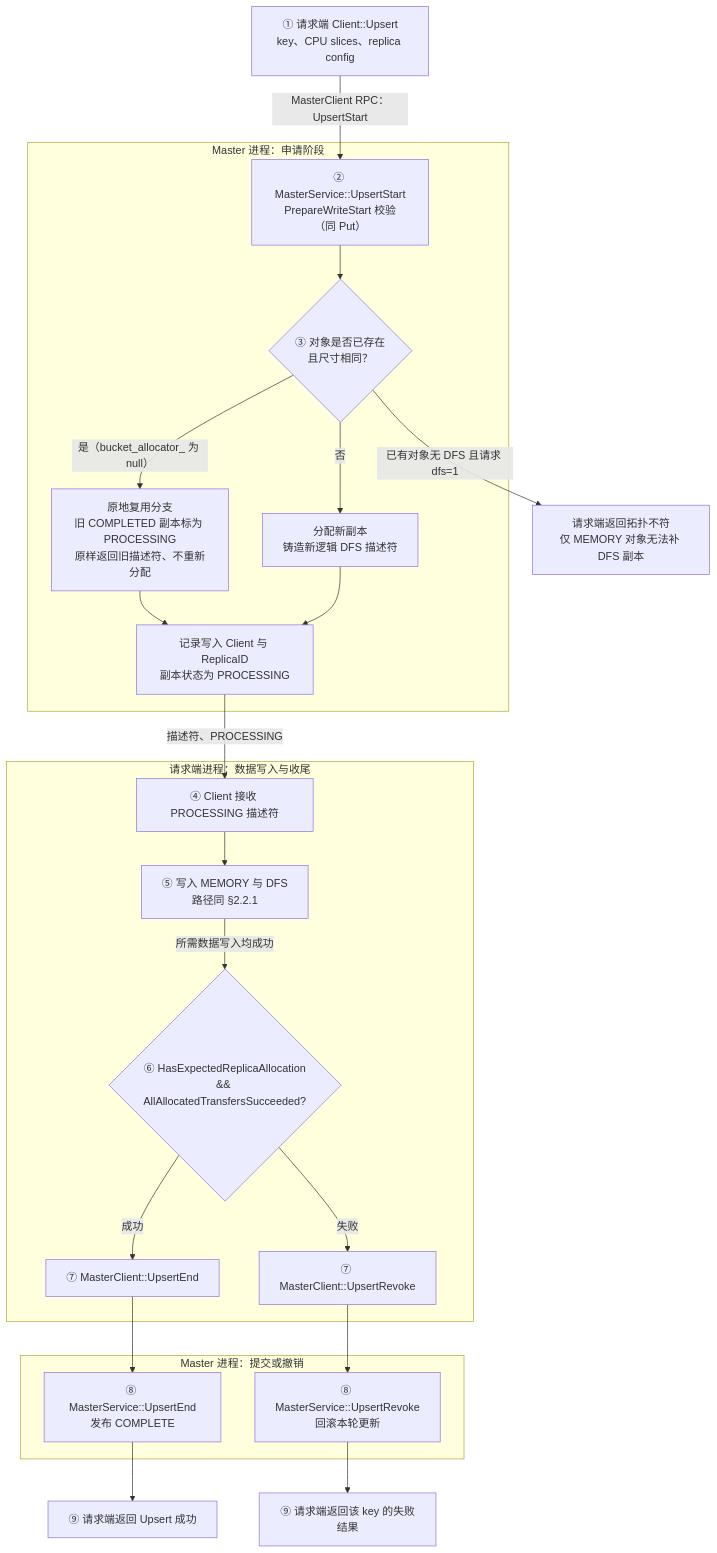
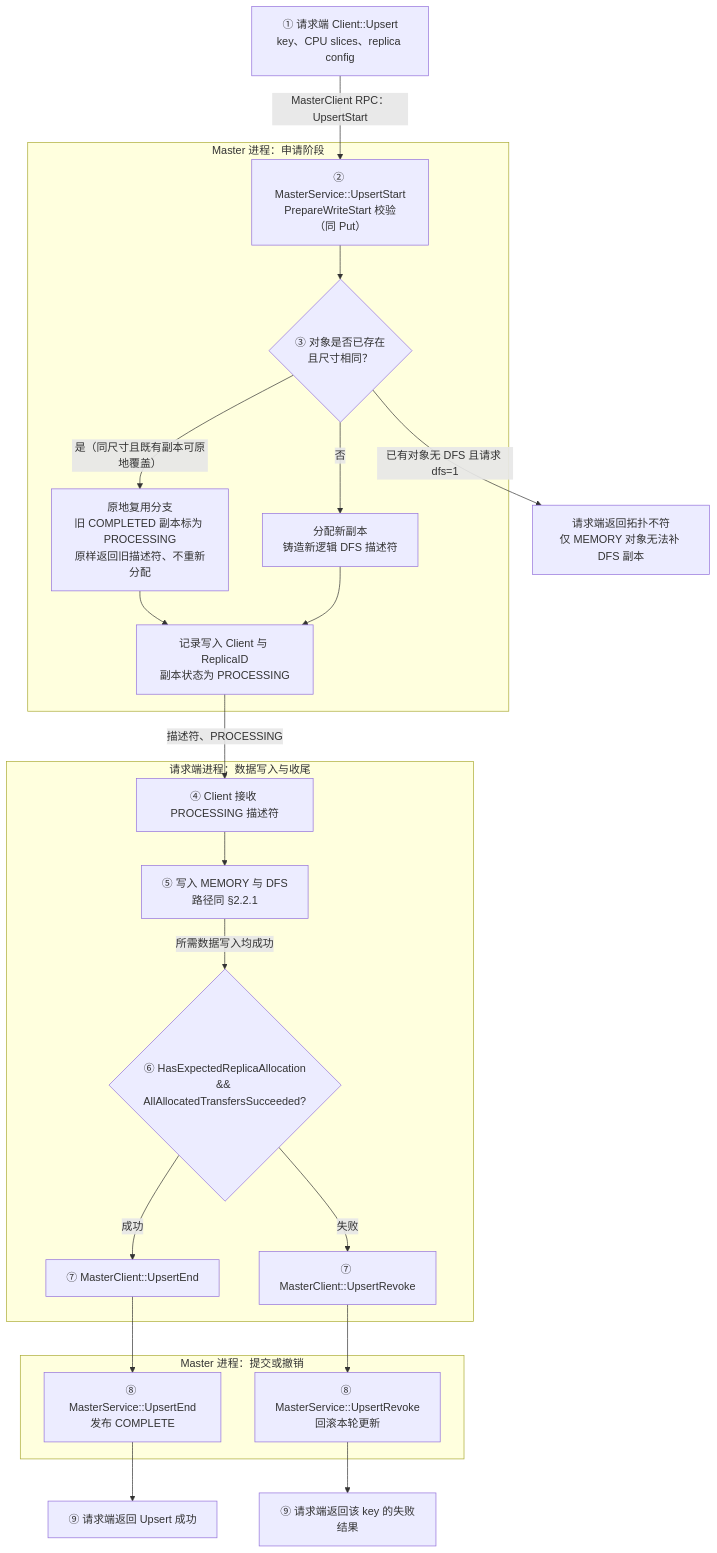
The seventh of 13 diagrams in Mooncake + KVClient L3 接入（Kvcs）- v3.md (zwj20000328-dotcom/Mooncake-documents), drawn with Mermaid before and after one commit. The commit also changed other lines of this file, not shown here.

Commit message:
docs: fix staging-path, diagram and build inconsistencies found by the final audit

````diff
--- a/Mooncake + KVClient L3 接入（Kvcs）- v3.md
+++ b/Mooncake + KVClient L3 接入（Kvcs）- v3.md
@@ -500,48 +502,48 @@
 ```mermaid
 flowchart TB
     C1["① 请求端 Client::Upsert<br/>key、CPU slices、replica config"]
 
     subgraph MasterStart["Master 进程：申请阶段"]
         START["② MasterService::UpsertStart<br/>PrepareWriteStart 校验（同 Put）"]
         BRANCH{"③ 对象是否已存在<br/>且尺寸相同？"}
         REUSE["原地复用分支<br/>旧 COMPLETED 副本标为 PROCESSING<br/>原样返回旧描述符、不重新分配"]
         ALLOC["分配新副本<br/>铸造新逻辑 DFS 描述符"]
         META["记录写入 Client 与 ReplicaID<br/>副本状态为 PROCESSING"]
 
         START --> BRANCH
-        BRANCH -->|"是（bucket_allocator_ 为 null）"| REUSE
+        BRANCH -->|"是（同尺寸且既有副本可原地覆盖）"| REUSE
         BRANCH -->|"否"| ALLOC
         REUSE --> META
         ALLOC --> META
     end
 
     subgraph Request["请求端进程：数据写入与收尾"]
         C2["④ Client 接收 PROCESSING 描述符"]
         W["⑤ 写入 MEMORY 与 DFS<br/>路径同 §2.2.1"]
         J{"⑥ HasExpectedReplicaAllocation<br/>&& AllAllocatedTransfersSucceeded?"}
         END["⑦ MasterClient::UpsertEnd"]
         REVOKE["⑦ MasterClient::UpsertRevoke"]
 
         C2 --> W
         W -->|"所需数据写入均成功"| J
         J -->|"成功"| END
         J -->|"失败"| REVOKE
     end
 
     subgraph MasterFinish["Master 进程：提交或撤销"]
         COMMIT["⑧ MasterService::UpsertEnd<br/>发布 COMPLETE"]
         ABORT["⑧ MasterService::UpsertRevoke<br/>回滚本轮更新"]
     end
 
     OK["⑨ 请求端返回 Upsert 成功"]
     FAIL["⑨ 请求端返回该 key 的失败结果"]
     TOPO["请求端返回拓扑不符<br/>仅 MEMORY 对象无法补 DFS 副本"]
 
     C1 -->|"MasterClient RPC：UpsertStart"| START
     BRANCH -->|"已有对象无 DFS 且请求 dfs=1"| TOPO
     META -->|"描述符、PROCESSING"| C2
     END --> COMMIT
     COMMIT --> OK
     REVOKE --> ABORT
     ABORT --> FAIL
 ```
````
